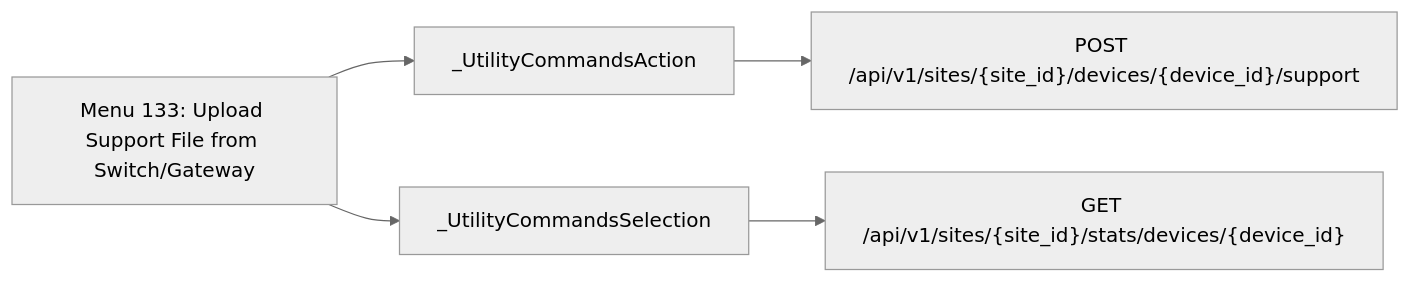
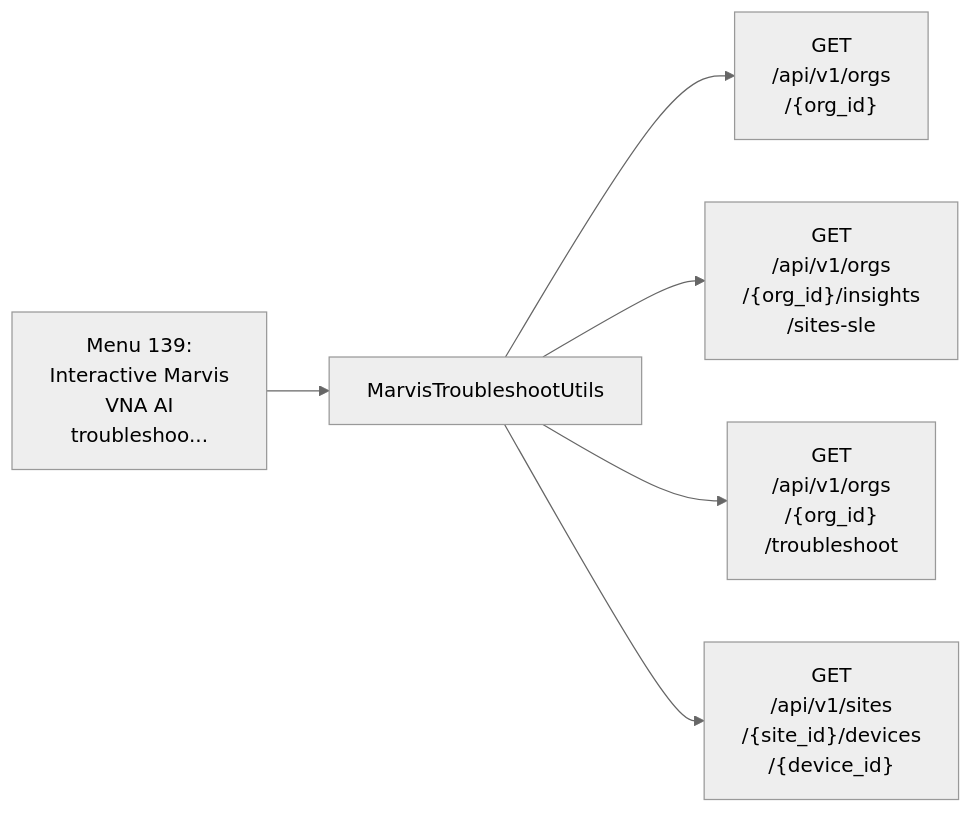
Before and after one commit to jmorrison-juniper/MistHelper: the ninth of 18 diagrams in documentation/menu-api/interactive.md, drawn with Mermaid (neutral theme). The commit also changed other lines of this file and 19 other files, not shown here.

First line of the commit message:
docs(menu-api): fit the Mermaid diagrams to the wiki column (#3463)

````diff
--- a/documentation/menu-api/interactive.md
+++ b/documentation/menu-api/interactive.md
@@ -395,8 +352,9 @@
 ```mermaid
 flowchart LR
-    menu["Menu 133: Upload Support File from Switch/Gateway"]
-    menu --> c1["_UtilityCommandsAction"]
-    c1 --> e1["POST /api/v1/sites/{site_id}/devices/{device_id}/support"]
-    menu --> c2["_UtilityCommandsSelection"]
-    c2 --> e2["GET /api/v1/sites/{site_id}/stats/devices/{device_id}"]
+    menu["Menu 139:<br/>Interactive Marvis<br/>VNA AI<br/>troubleshoo..."]
+    menu --> c1["MarvisTroubleshootUtils"]
+    c1 --> e1["GET<br/>/api/v1/orgs<br/>/{org_id}"]
+    c1 --> e2["GET<br/>/api/v1/orgs<br/>/{org_id}/insights<br/>/sites-sle"]
+    c1 --> e3["GET<br/>/api/v1/orgs<br/>/{org_id}<br/>/troubleshoot"]
+    c1 --> e4["GET<br/>/api/v1/sites<br/>/{site_id}/devices<br/>/{device_id}"]
 ```
````
